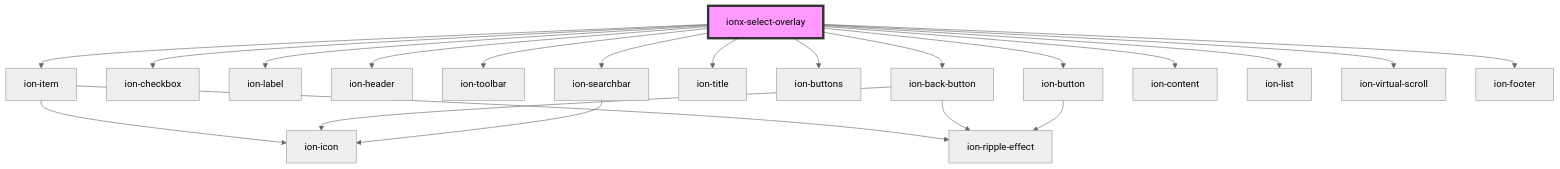
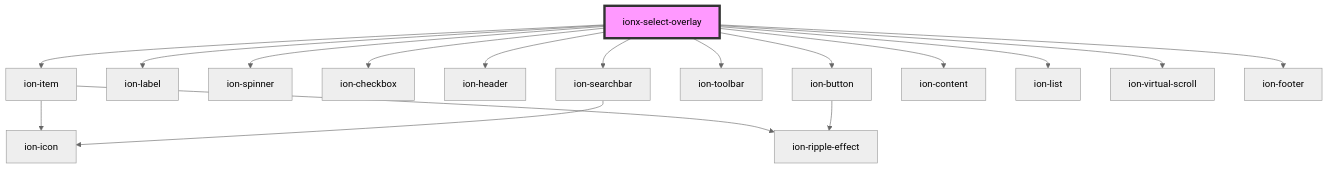
One commit to co-mmons/ionx changed the diagram in modules/Select/src/readme.md. Above: the diagram before and after it, drawn with Mermaid (neutral theme). The commit also changed other lines of this file and 49 other files, not shown here.

````diff
--- a/modules/Select/src/readme.md
+++ b/modules/Select/src/readme.md
@@ -45,24 +44,20 @@
 ```mermaid
 graph TD;
   ionx-select-overlay --> ion-item
+  ionx-select-overlay --> ion-label
+  ionx-select-overlay --> ion-spinner
   ionx-select-overlay --> ion-checkbox
-  ionx-select-overlay --> ion-label
   ionx-select-overlay --> ion-header
+  ionx-select-overlay --> ion-button
   ionx-select-overlay --> ion-toolbar
-  ionx-select-overlay --> ion-back-button
-  ionx-select-overlay --> ion-title
-  ionx-select-overlay --> ion-buttons
-  ionx-select-overlay --> ion-button
   ionx-select-overlay --> ion-searchbar
   ionx-select-overlay --> ion-content
   ionx-select-overlay --> ion-list
   ionx-select-overlay --> ion-virtual-scroll
   ionx-select-overlay --> ion-footer
   ion-item --> ion-icon
   ion-item --> ion-ripple-effect
-  ion-back-button --> ion-icon
-  ion-back-button --> ion-ripple-effect
   ion-button --> ion-ripple-effect
   ion-searchbar --> ion-icon
   style ionx-select-overlay fill:#f9f,stroke:#333,stroke-width:4px
 ```
````
